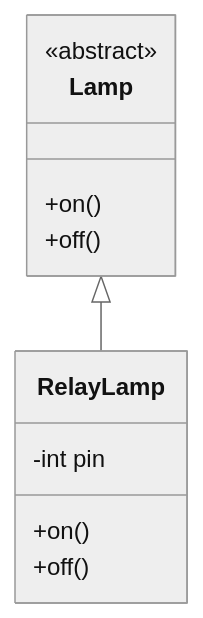
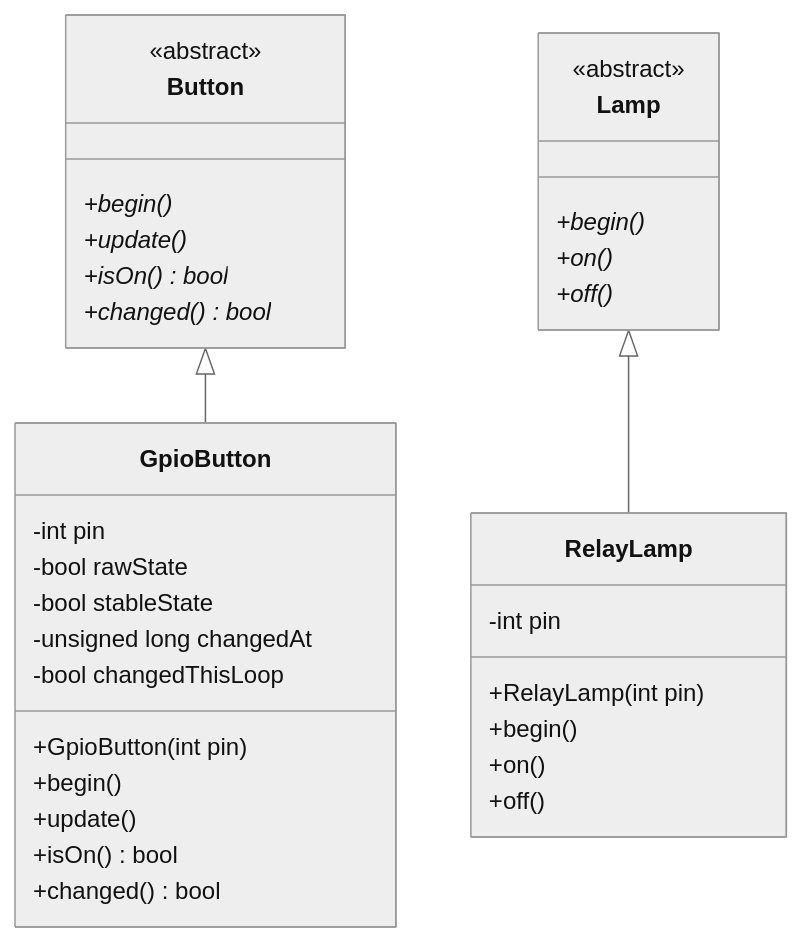
The diagram in docs/design-model.md (albinkarlsson1999/drag-tree), drawn with Mermaid (neutral theme) before and after one commit.

Commit message:
Hardware classes done in design model

````diff
--- a/docs/design-model.md
+++ b/docs/design-model.md
@@ -1,14 +1,42 @@
 ```mermaid
 classDiagram
-  class Lamp {
-    <<abstract>>
-    +on()
-    +off()
-  }
-  class RelayLamp {
-    -int pin
-    +on()
-    +off()
-  }
-  Lamp <|-- RelayLamp
+    %% Hardware
+    class Button {
+        <<abstract>>
+        +begin()*
+        +update()*
+        +isOn()* bool
+        +changed()* bool
+    }
+    class Lamp {
+        <<abstract>>
+        +begin()*
+        +on()*
+        +off()*
+    }
+    class GpioButton {
+        +GpioButton(int pin)
+        -int pin
+        -bool rawState
+        -bool stableState
+        -unsigned long changedAt
+        -bool changedThisLoop
+        +begin()
+        +update()
+        +isOn() bool
+        +changed() bool
+    }
+    class RelayLamp {
+        +RelayLamp(int pin)
+        -int pin
+        +begin()
+        +on()
+        +off()
+    }
+    Button <|-- GpioButton
+    Lamp <|-- RelayLamp
+
+
+    %% The tree
+
 ```
````
